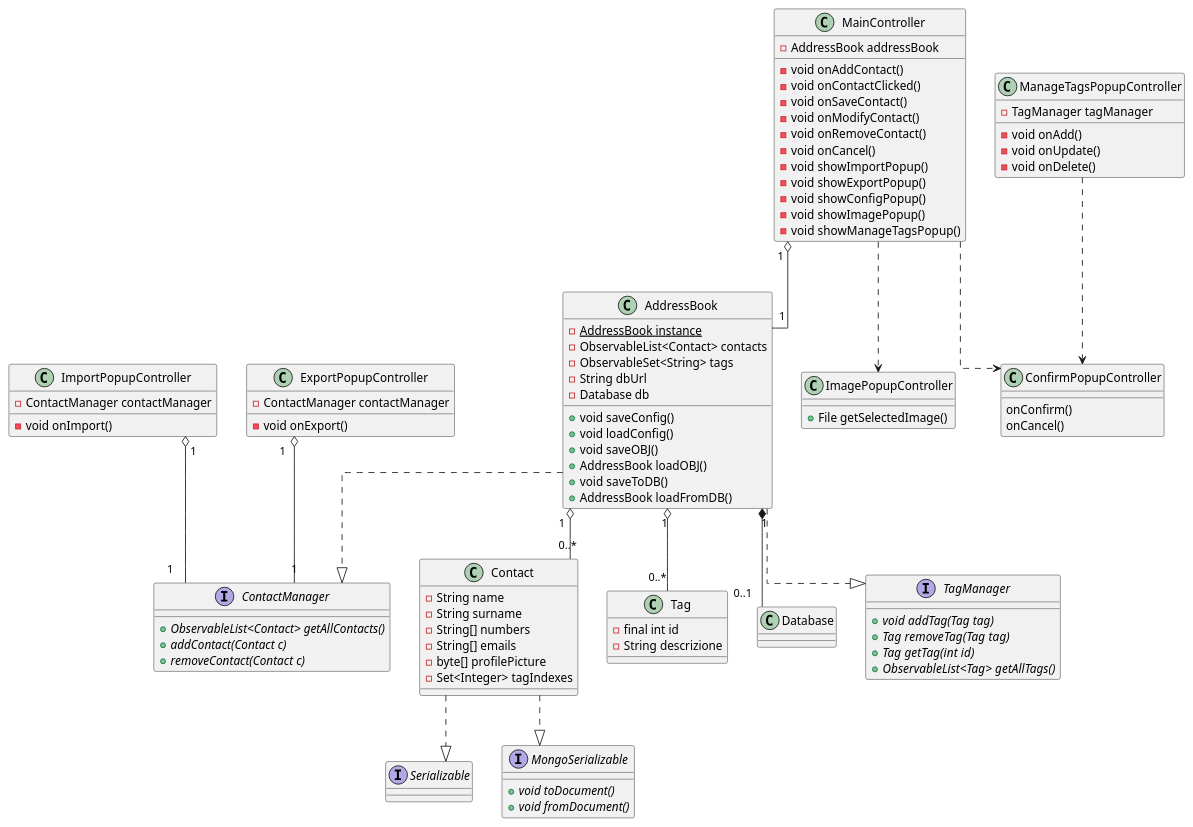
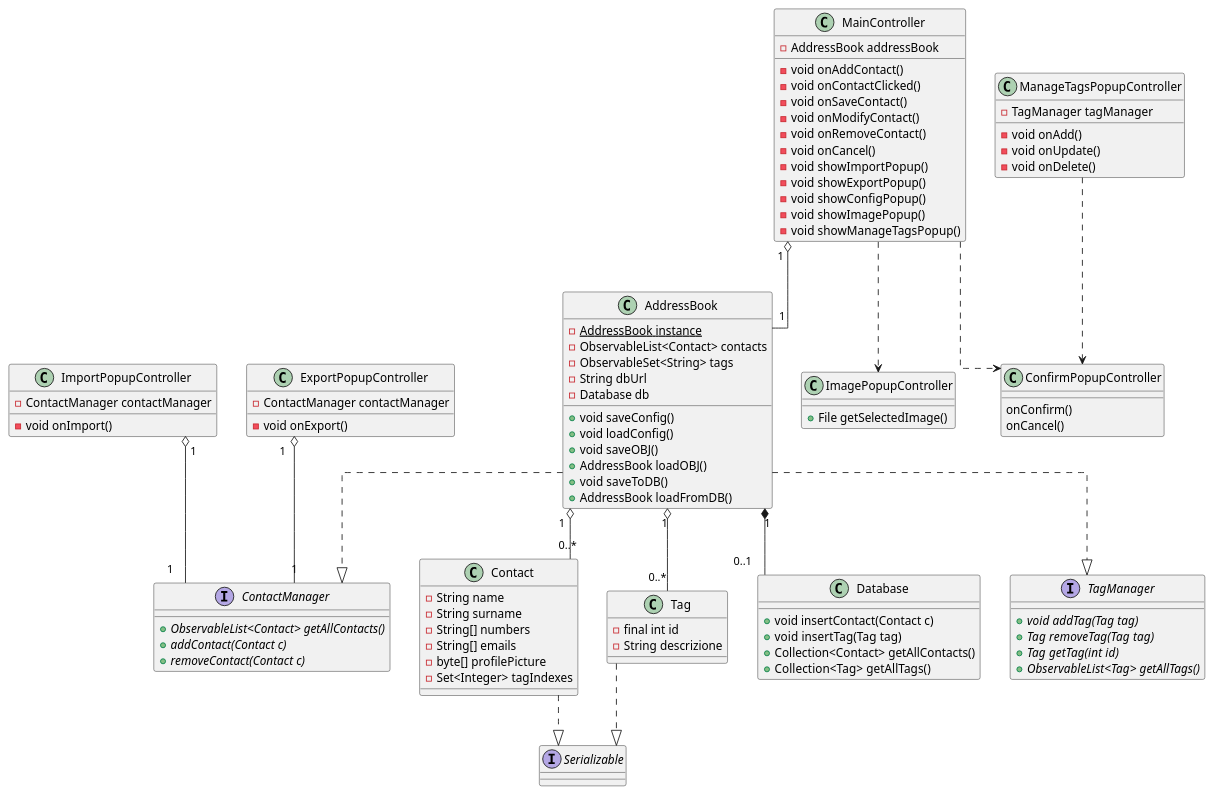
The diagram in documenti/diagrammaClassiEssenziale.puml (savaava/ProgettoRubrica), drawn with PlantUML before and after one commit.

Commit message:
Modifica diagramma essenziale

```diff
--- a/documenti/diagrammaClassiEssenziale.puml
+++ b/documenti/diagrammaClassiEssenziale.puml
@@ -1,123 +1,122 @@
 @startuml DiagrammaDelleClassiEssenziale
 skinparam linetype ortho
 'left to right direction
 
 
 '****************** CLASSI ******************
 class Contact {
     - String name 
     - String surname 
     - String[] numbers
     - String[] emails
     - byte[] profilePicture
     - Set<Integer> tagIndexes  
 }
 
 class AddressBook {
     - {static} AddressBook instance
     - ObservableList<Contact> contacts
     - ObservableSet<String> tags
     - String dbUrl
     - Database db
 
     + void saveConfig()
     + void loadConfig()
     + void saveOBJ()
     + AddressBook loadOBJ()
     + void saveToDB()
     + AddressBook loadFromDB()    
 }
 
 class MainController {
     - AddressBook addressBook
 
     - void onAddContact()
     - void onContactClicked()
     - void onSaveContact()
     - void onModifyContact()
     - void onRemoveContact()
     - void onCancel()
     - void showImportPopup()
     - void showExportPopup()
     - void showConfigPopup()
     - void showImagePopup()
     - void showManageTagsPopup()
 }
 
 class ImportPopupController {
     - ContactManager contactManager
     - void onImport()
 }
 
 class ExportPopupController {
     - ContactManager contactManager
     - void onExport()
 }
 
 class ManageTagsPopupController {
     - TagManager tagManager
     - void onAdd()
     - void onUpdate()
     - void onDelete()
 }
 
 class ImagePopupController {
     + File getSelectedImage()
 }
 
 class ConfirmPopupController {
     onConfirm()
     onCancel()
 }
 
 class Tag {
     - final int id
     - String descrizione
 }
 
 class Database {
-
+    + void insertContact(Contact c)
+    + void insertTag(Tag tag)
+    + Collection<Contact> getAllContacts()
+    + Collection<Tag> getAllTags()
 } 
 
 '****************** INTERFACCE ******************
 interface Serializable
-
-interface MongoSerializable {
-    +{abstract} void toDocument() 
-    +{abstract} void fromDocument()
-}
 
 interface TagManager {
     +{abstract} void addTag(Tag tag)
     +{abstract} Tag removeTag(Tag tag)
     +{abstract} Tag getTag(int id)
     +{abstract} ObservableList<Tag> getAllTags()
 }
 
 interface ContactManager {
     +{abstract} ObservableList<Contact> getAllContacts()
     +{abstract} addContact(Contact c)
     +{abstract} removeContact(Contact c)
 }
 
 '****************** RELAZIONI ******************
-Contact ..|> MongoSerializable
 Contact ..|> Serializable
+
+Tag ..|> Serializable
 
 AddressBook "1" o-- "0..*" Contact
 AddressBook "1" *-- "0..1" Database
 AddressBook "1" o-- "0..*" Tag
 AddressBook ..|> TagManager
 AddressBook ..|> ContactManager
 
 MainController "1" o-- "1" AddressBook
 MainController ..> ImagePopupController
 MainController ..> ConfirmPopupController
 
 ManageTagsPopupController ..> ConfirmPopupController
 
 ExportPopupController "1" o-- "1" ContactManager
 
 ImportPopupController "1" o-- "1" ContactManager
 
 @enduml
```
